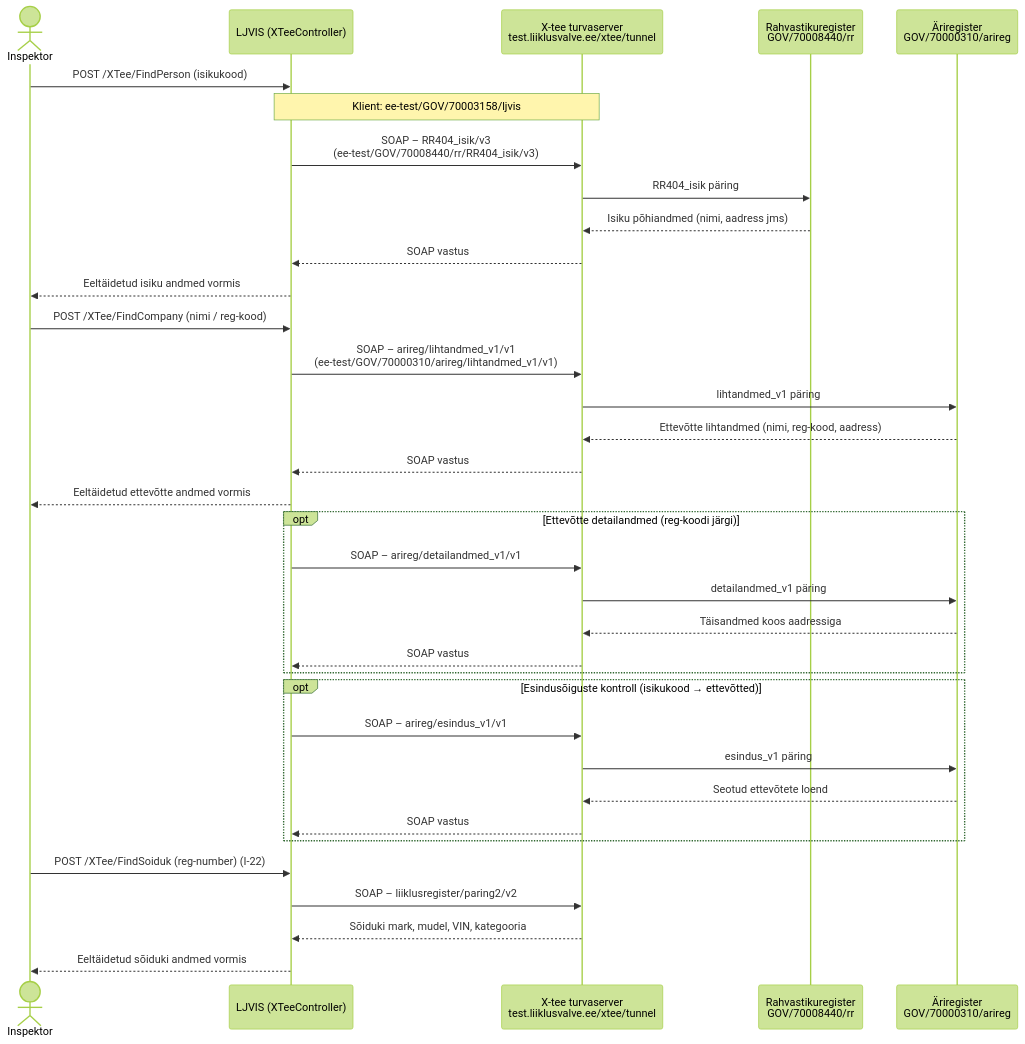
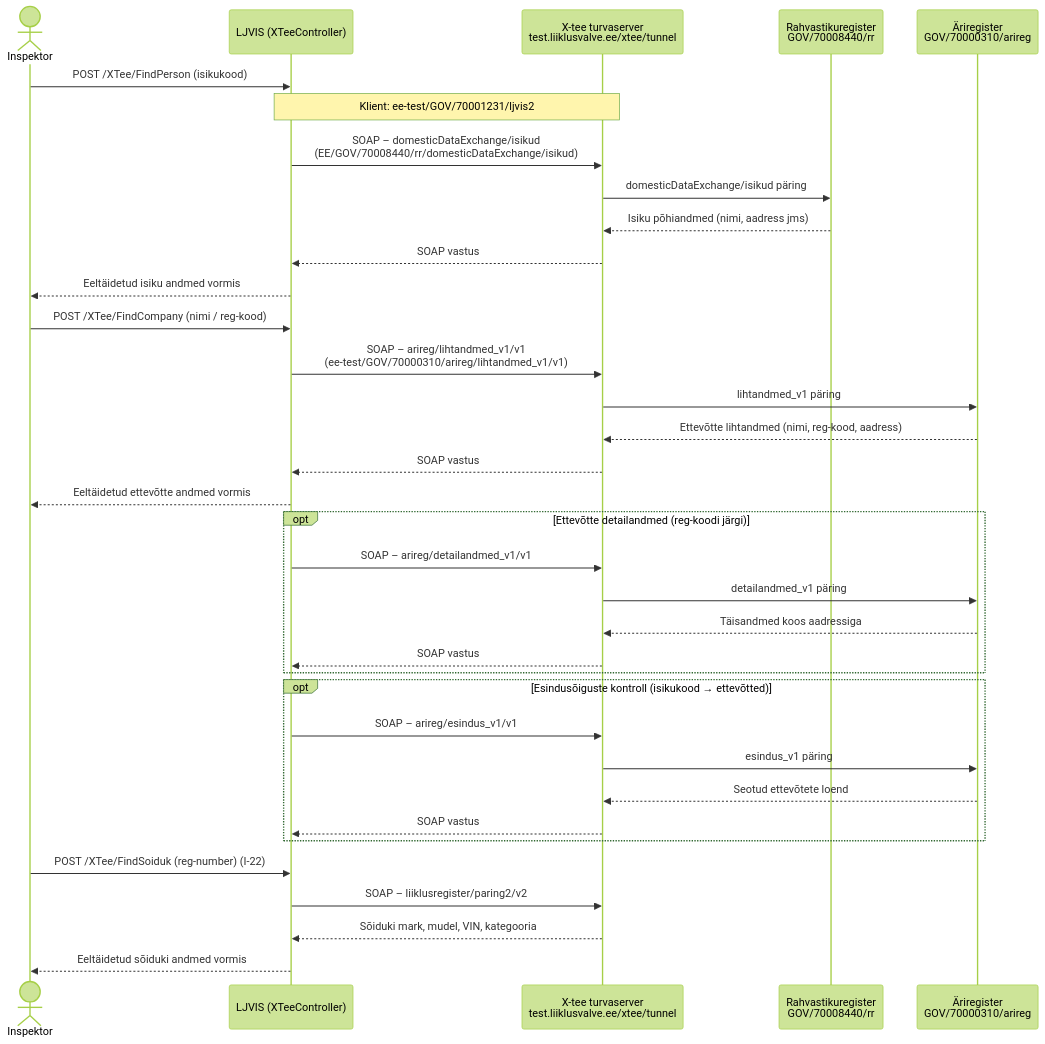
The fourth of 19 diagrams in architecture/use-cases.md (kemit-ee/ljvis-2), drawn with Mermaid (forest theme) before and after one commit. The commit also changed other lines of this file and 2 other files, not shown here.

Commit message:
docs(xtee): LJVIS 2 alamsüsteemi nimi (KLIM 70001231/ljvis2) ja RR teenus domesticDataExchange/isikud

````diff
--- a/architecture/use-cases.md
+++ b/architecture/use-cases.md
@@ -369,42 +369,42 @@
 ```mermaid
 sequenceDiagram
     actor Inspektor
     participant UI as LJVIS (XTeeController)
     participant Tunnel as X-tee turvaserver<br/>test.liiklusvalve.ee/xtee/tunnel
     participant RR as Rahvastikuregister<br/>GOV/70008440/rr
     participant BR as Äriregister<br/>GOV/70000310/arireg
 
     Inspektor->>UI: POST /XTee/FindPerson (isikukood)
-    Note over UI,Tunnel: Klient: ee-test/GOV/70003158/ljvis
-    UI->>Tunnel: SOAP – RR404_isik/v3<br/>(ee-test/GOV/70008440/rr/RR404_isik/v3)
-    Tunnel->>RR: RR404_isik päring
+    Note over UI,Tunnel: Klient: ee-test/GOV/70001231/ljvis2
+    UI->>Tunnel: SOAP – domesticDataExchange/isikud<br/>(EE/GOV/70008440/rr/domesticDataExchange/isikud)
+    Tunnel->>RR: domesticDataExchange/isikud päring
     RR-->>Tunnel: Isiku põhiandmed (nimi, aadress jms)
     Tunnel-->>UI: SOAP vastus
     UI-->>Inspektor: Eeltäidetud isiku andmed vormis
 
     Inspektor->>UI: POST /XTee/FindCompany (nimi / reg-kood)
     UI->>Tunnel: SOAP – arireg/lihtandmed_v1/v1<br/>(ee-test/GOV/70000310/arireg/lihtandmed_v1/v1)
     Tunnel->>BR: lihtandmed_v1 päring
     BR-->>Tunnel: Ettevõtte lihtandmed (nimi, reg-kood, aadress)
     Tunnel-->>UI: SOAP vastus
     UI-->>Inspektor: Eeltäidetud ettevõtte andmed vormis
 
     opt Ettevõtte detailandmed (reg-koodi järgi)
         UI->>Tunnel: SOAP – arireg/detailandmed_v1/v1
         Tunnel->>BR: detailandmed_v1 päring
         BR-->>Tunnel: Täisandmed koos aadressiga
         Tunnel-->>UI: SOAP vastus
     end
 
     opt Esindusõiguste kontroll (isikukood → ettevõtted)
         UI->>Tunnel: SOAP – arireg/esindus_v1/v1
         Tunnel->>BR: esindus_v1 päring
         BR-->>Tunnel: Seotud ettevõtete loend
         Tunnel-->>UI: SOAP vastus
     end
 
     Inspektor->>UI: POST /XTee/FindSoiduk (reg-number) (I-22)
     UI->>Tunnel: SOAP – liiklusregister/paring2/v2
     Tunnel-->>UI: Sõiduki mark, mudel, VIN, kategooria
     UI-->>Inspektor: Eeltäidetud sõiduki andmed vormis
 ```
````
